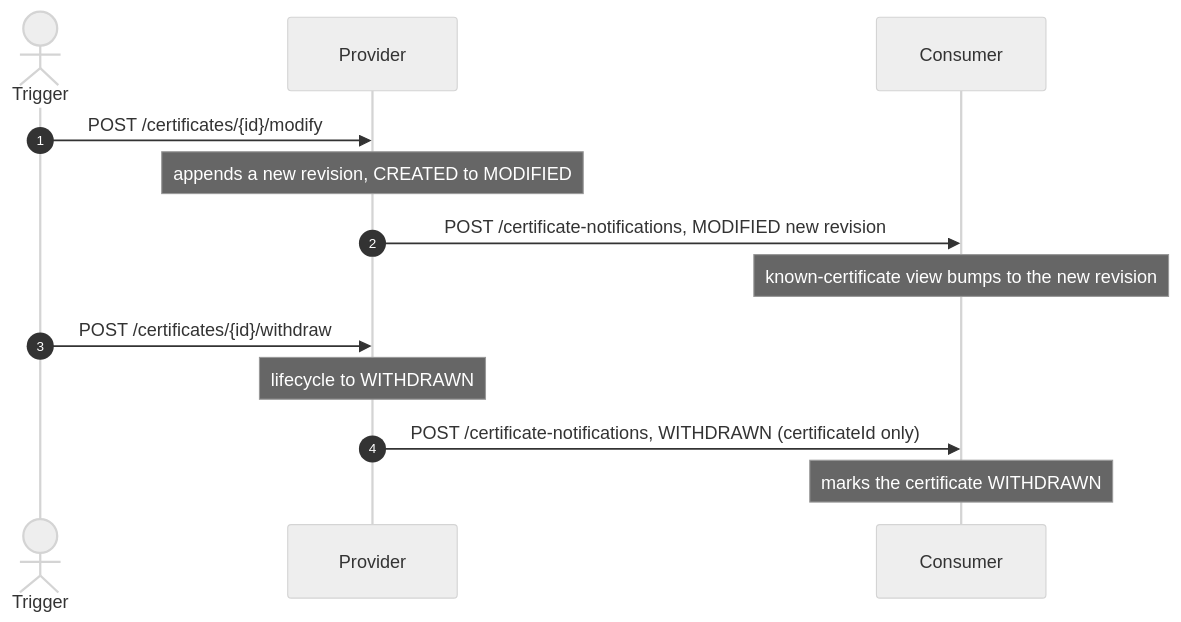
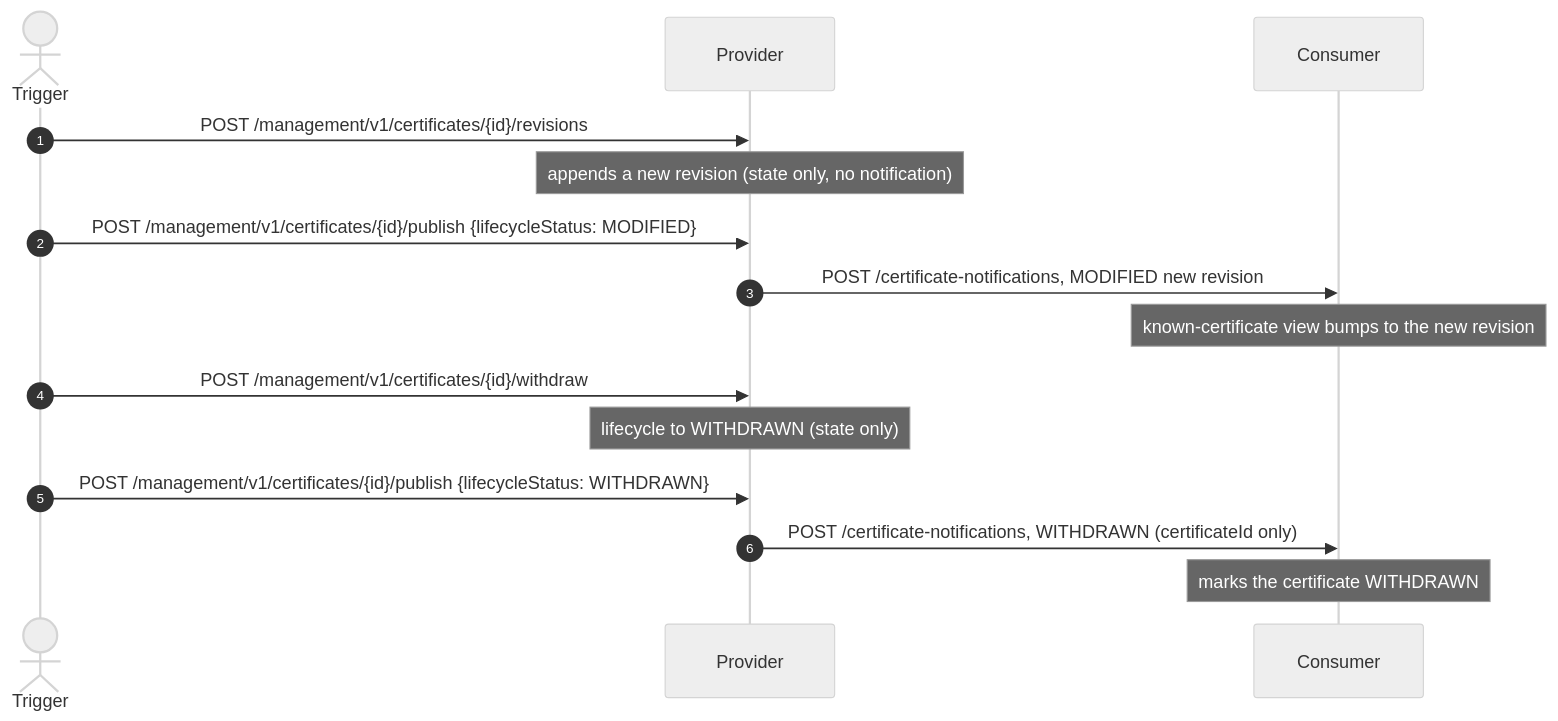
Before and after one commit to Metaform/certo: the fourth of 5 diagrams in docs/FLOWS.md, drawn with Mermaid (neutral theme). The commit also changed other lines of this file and 76 other files, not shown here.

````diff
--- a/docs/FLOWS.md
+++ b/docs/FLOWS.md
@@ -192,15 +197,17 @@
 ```mermaid
 sequenceDiagram
     autonumber
     actor T as Trigger
     participant P as Provider
     participant C as Consumer
-    T->>P: POST /certificates/{id}/modify
-    Note over P: appends a new revision, CREATED to MODIFIED
+    T->>P: POST /management/v1/certificates/{id}/revisions
+    Note over P: appends a new revision (state only, no notification)
+    T->>P: POST /management/v1/certificates/{id}/publish {lifecycleStatus: MODIFIED}
     P->>C: POST /certificate-notifications, MODIFIED new revision
     Note over C: known-certificate view bumps to the new revision
-    T->>P: POST /certificates/{id}/withdraw
-    Note over P: lifecycle to WITHDRAWN
+    T->>P: POST /management/v1/certificates/{id}/withdraw
+    Note over P: lifecycle to WITHDRAWN (state only)
+    T->>P: POST /management/v1/certificates/{id}/publish {lifecycleStatus: WITHDRAWN}
     P->>C: POST /certificate-notifications, WITHDRAWN (certificateId only)
     Note over C: marks the certificate WITHDRAWN
 ```
````
